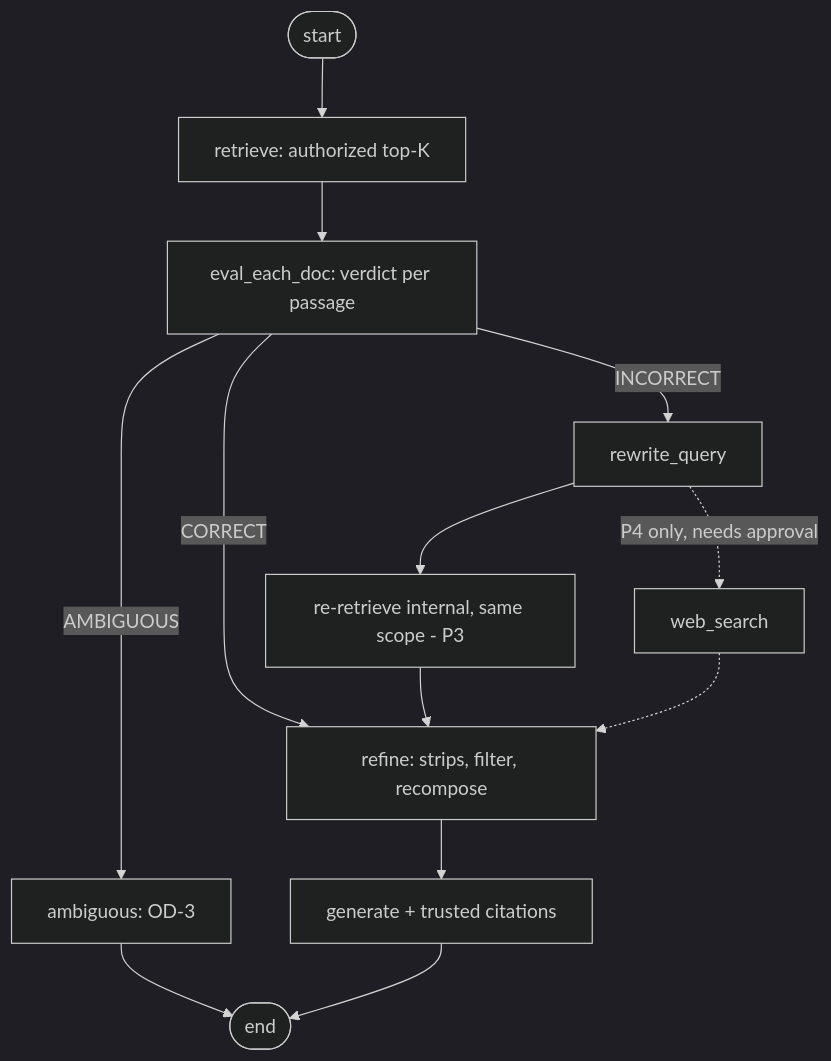
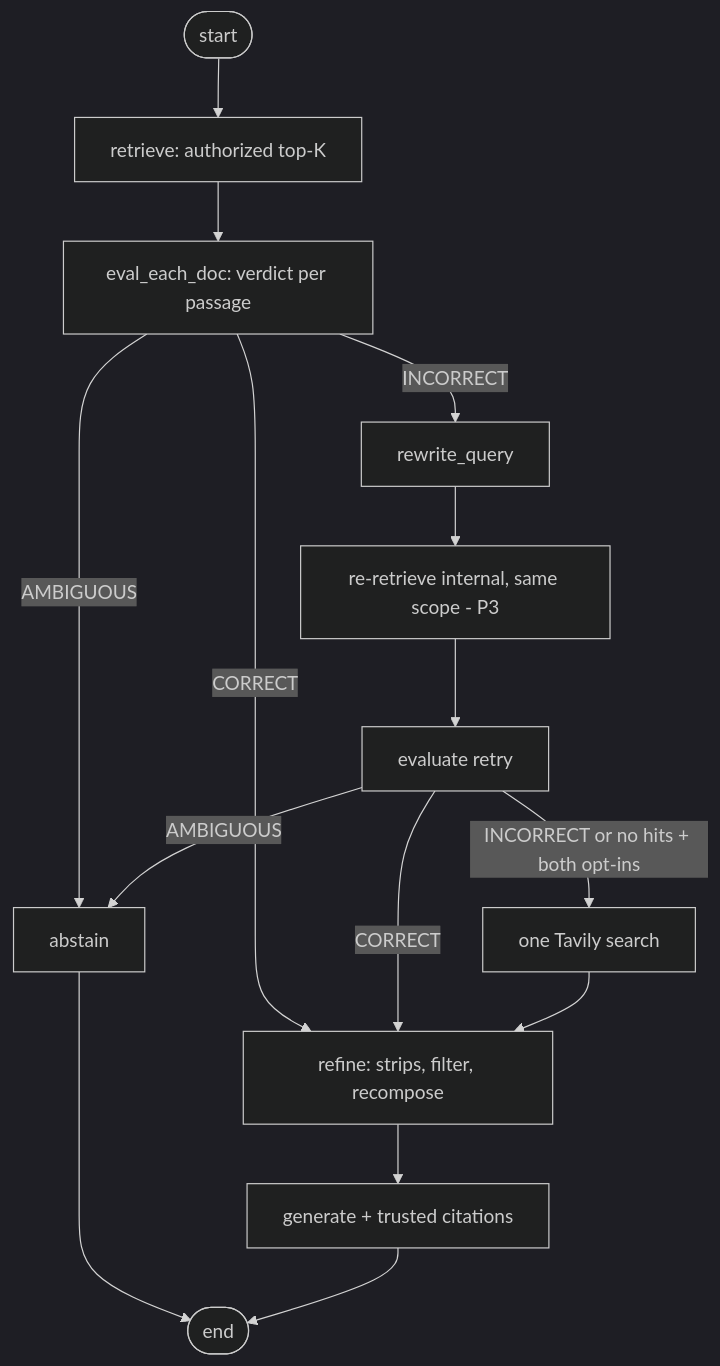
One commit to kumarpramodlohar/enterprise-knowledge-assistant-spec changed the diagram in specs/005-corrective-rag/plan.md. Above: the diagram before and after it, drawn with Mermaid (dark theme). The commit also changed other lines of this file and 11 other files, not shown here.

````diff
--- a/specs/005-corrective-rag/plan.md
+++ b/specs/005-corrective-rag/plan.md
@@ -12,15 +12,17 @@
 ```mermaid
 flowchart TD
     S([start]) --> R[retrieve: authorized top-K]
     R --> E[eval_each_doc: verdict per passage]
     E -->|CORRECT| F[refine: strips, filter, recompose]
     E -->|INCORRECT| W[rewrite_query]
-    E -->|AMBIGUOUS| A[ambiguous: OD-3]
+    E -->|AMBIGUOUS| A[abstain]
     W --> R2[re-retrieve internal, same scope - P3]
-    R2 --> F
-    W -.->|P4 only, needs approval| X[web_search]
-    X -.-> F
+    R2 --> E2[evaluate retry]
+    E2 -->|CORRECT| F
+    E2 -->|AMBIGUOUS| A
+    E2 -->|INCORRECT or no hits + both opt-ins| X[one Tavily search]
+    X --> F
     F --> G[generate + trusted citations]
     A --> END([end])
     G --> END
 ```
````
